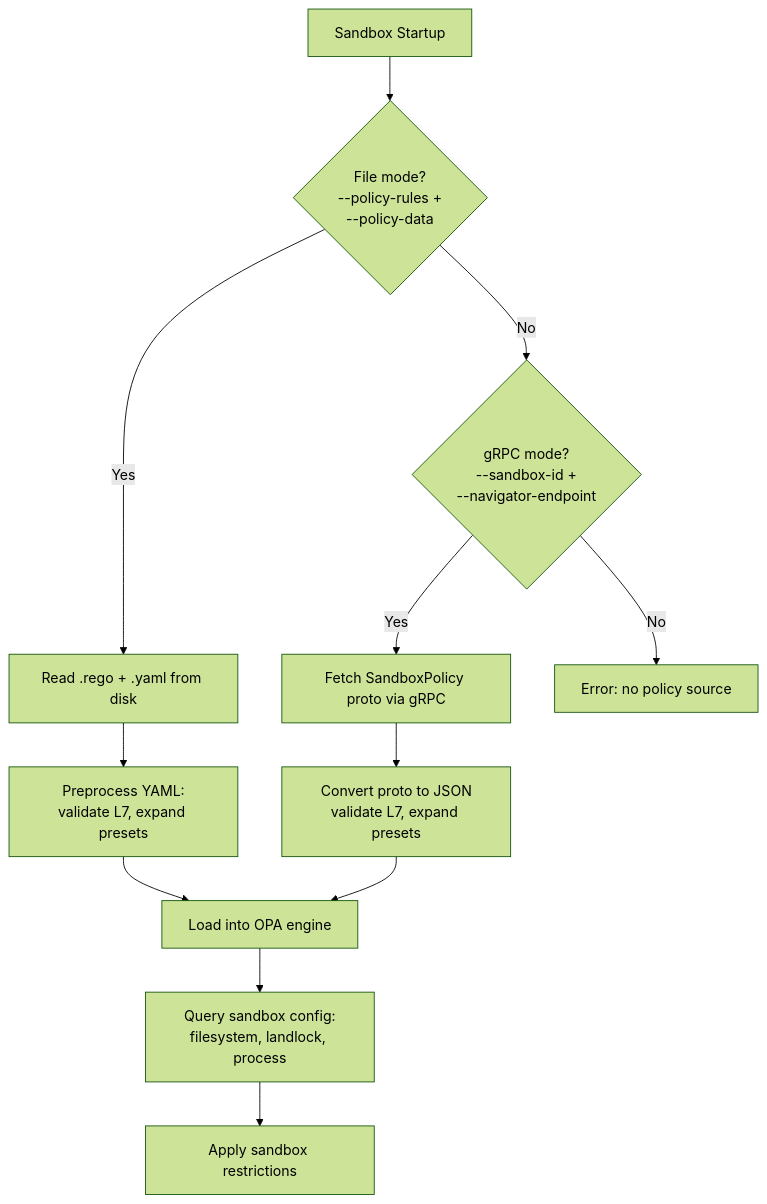
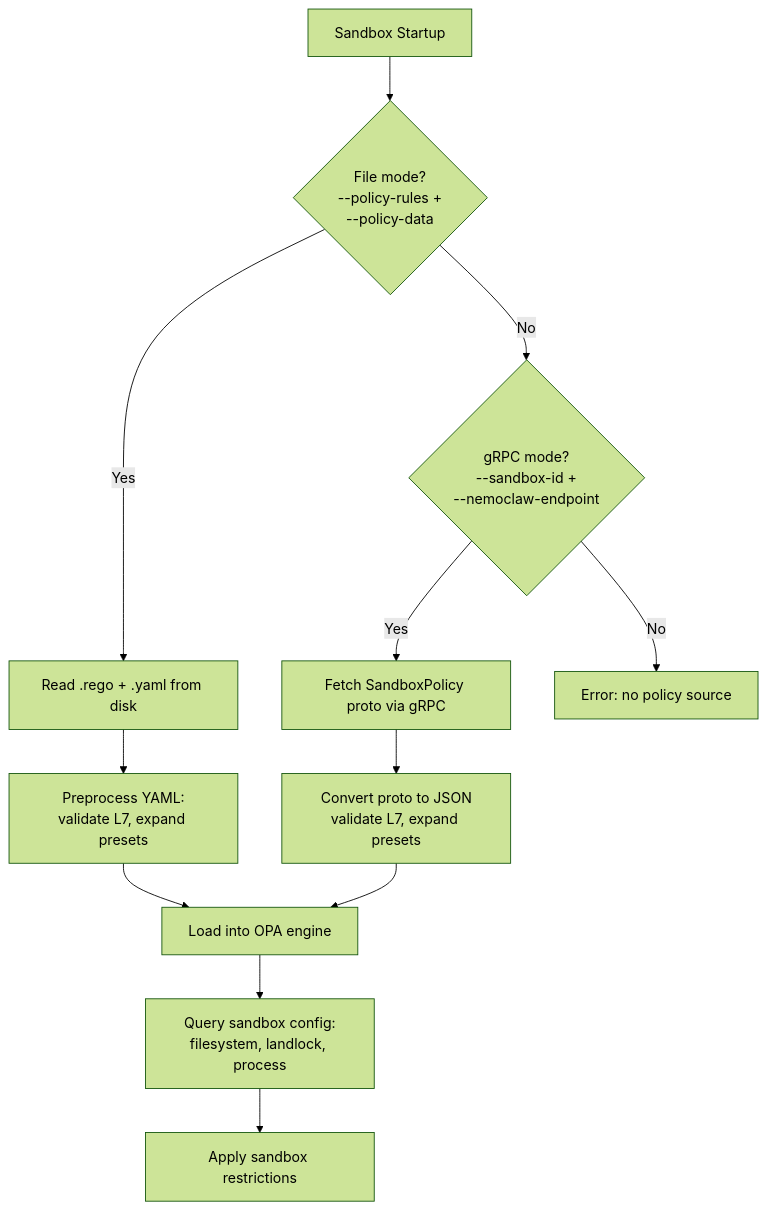
Before and after one commit to NVIDIA/OpenShell: the first of 5 diagrams in architecture/security-policy.md, drawn with Mermaid (forest theme). The commit also changed other lines of this file and 93 other files, not shown here.

````diff
--- a/architecture/security-policy.md
+++ b/architecture/security-policy.md
@@ -52,17 +52,17 @@
 ```mermaid
 flowchart TD
     START[Sandbox Startup] --> CHECK{File mode?<br/>--policy-rules +<br/>--policy-data}
     CHECK -->|Yes| FILE[Read .rego + .yaml from disk]
-    CHECK -->|No| GRPC{gRPC mode?<br/>--sandbox-id +<br/>--navigator-endpoint}
-    GRPC -->|Yes| FETCH[Fetch SandboxPolicy proto via gRPC]
-    GRPC -->|No| ERR[Error: no policy source]
+    CHECK -->|No| NEMOCLAW{gRPC mode?<br/>--sandbox-id +<br/>--nemoclaw-endpoint}
+    NEMOCLAW -->|Yes| FETCH[Fetch SandboxPolicy proto via gRPC]
+    NEMOCLAW -->|No| ERR[Error: no policy source]
 
     FILE --> PREPROCESS[Preprocess YAML:<br/>validate L7, expand presets]
     FETCH --> PROTO2JSON[Convert proto to JSON<br/>validate L7, expand presets]
 
     PREPROCESS --> OPA[Load into OPA engine]
     PROTO2JSON --> OPA
 
     OPA --> QUERY[Query sandbox config:<br/>filesystem, landlock, process]
     QUERY --> APPLY[Apply sandbox restrictions]
 ```
````
